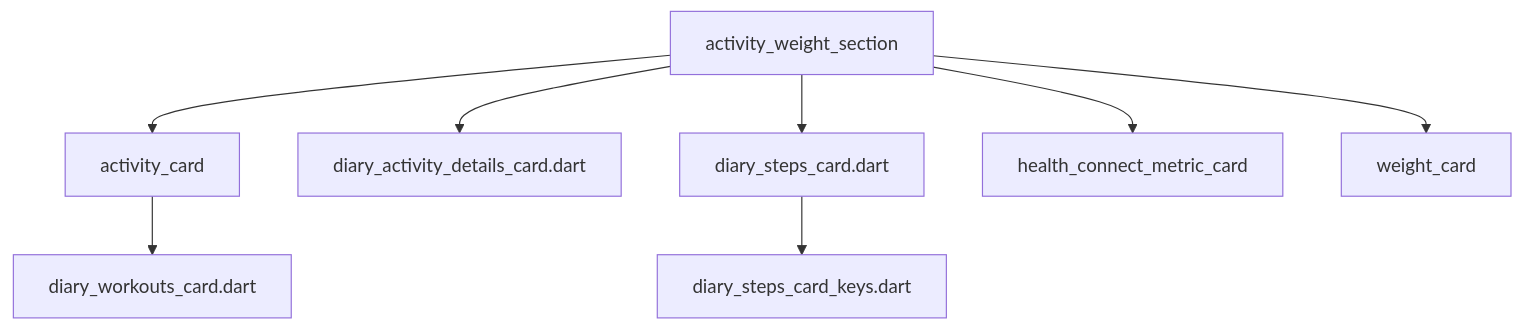
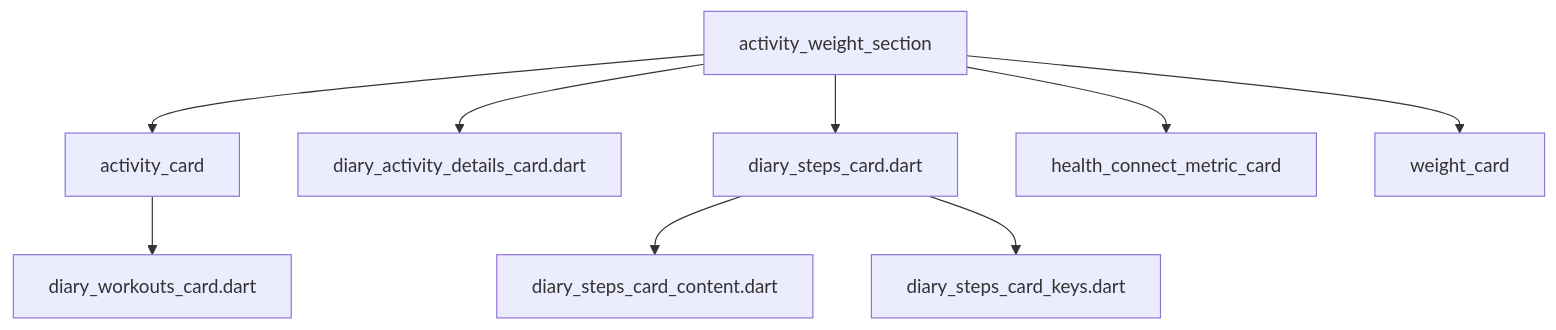
Before and after one commit to repinw/yamt: the diagram in lib/features/activity/presentation/widgets/DEPS.md, drawn with Mermaid. The commit also changed 8 other files, not shown here.

````diff
--- a/lib/features/activity/presentation/widgets/DEPS.md
+++ b/lib/features/activity/presentation/widgets/DEPS.md
@@ -6,10 +6,11 @@
 ```mermaid
 flowchart TD;
 activity_card-->diary_workouts_card.dart;
 activity_weight_section-->activity_card;
 activity_weight_section-->diary_activity_details_card.dart;
 activity_weight_section-->diary_steps_card.dart;
 activity_weight_section-->health_connect_metric_card;
 activity_weight_section-->weight_card;
+diary_steps_card.dart-->diary_steps_card_content.dart;
 diary_steps_card.dart-->diary_steps_card_keys.dart;
 ```
````
